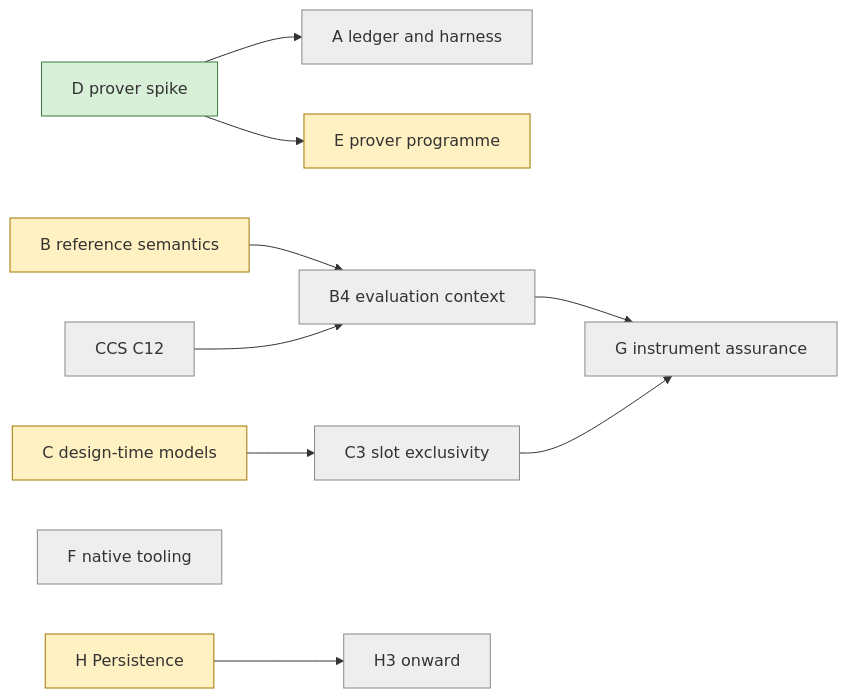
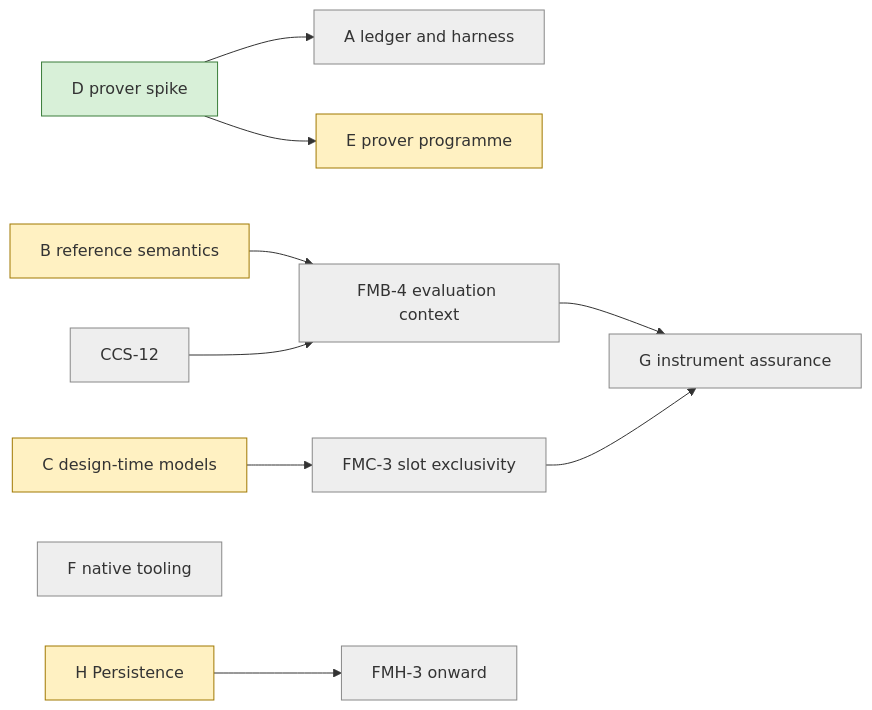
Before and after one commit to nebularis/lattice: diagram 19 of 22 in docs/developer/ROADMAP.md, drawn with Mermaid. The commit also changed other lines of this file and 9 other files, not shown here.

First line of the commit message:
ROADMAP.md kept whole: a chart per epic from its first day, sections 9 generated, every hand-written section refreshed, and the contract attends to it at every handoff

````diff
--- a/docs/developer/ROADMAP.md
+++ b/docs/developer/ROADMAP.md
@@ -579,19 +643,19 @@
 ```mermaid
 flowchart LR
     D["D prover spike"] --> A["A ledger and harness"]
     D --> E["E prover programme"]
-    B["B reference semantics"] --> B4["B4 evaluation context"]
-    CCS12["CCS C12"] --> B4
-    C["C design-time models"] --> C3["C3 slot exclusivity"]
+    B["B reference semantics"] --> B4["FMB-4 evaluation context"]
+    CCS12["CCS-12"] --> B4
+    C["C design-time models"] --> C3["FMC-3 slot exclusivity"]
     B4 --> G["G instrument assurance"]
     C3 --> G
     F["F native tooling"]
-    H["H Persistence"] --> H3["H3 onward"]
+    H["H Persistence"] --> H3["FMH-3 onward"]
 
     classDef done fill:#d8f0d8,stroke:#3a7d3a
     classDef doing fill:#fff1c2,stroke:#a07800
     classDef todo fill:#eeeeee,stroke:#888888
     class D done
     class B,C,E,H doing
     class A,B4,C3,G,F,H3,CCS12 todo
 ```
````
